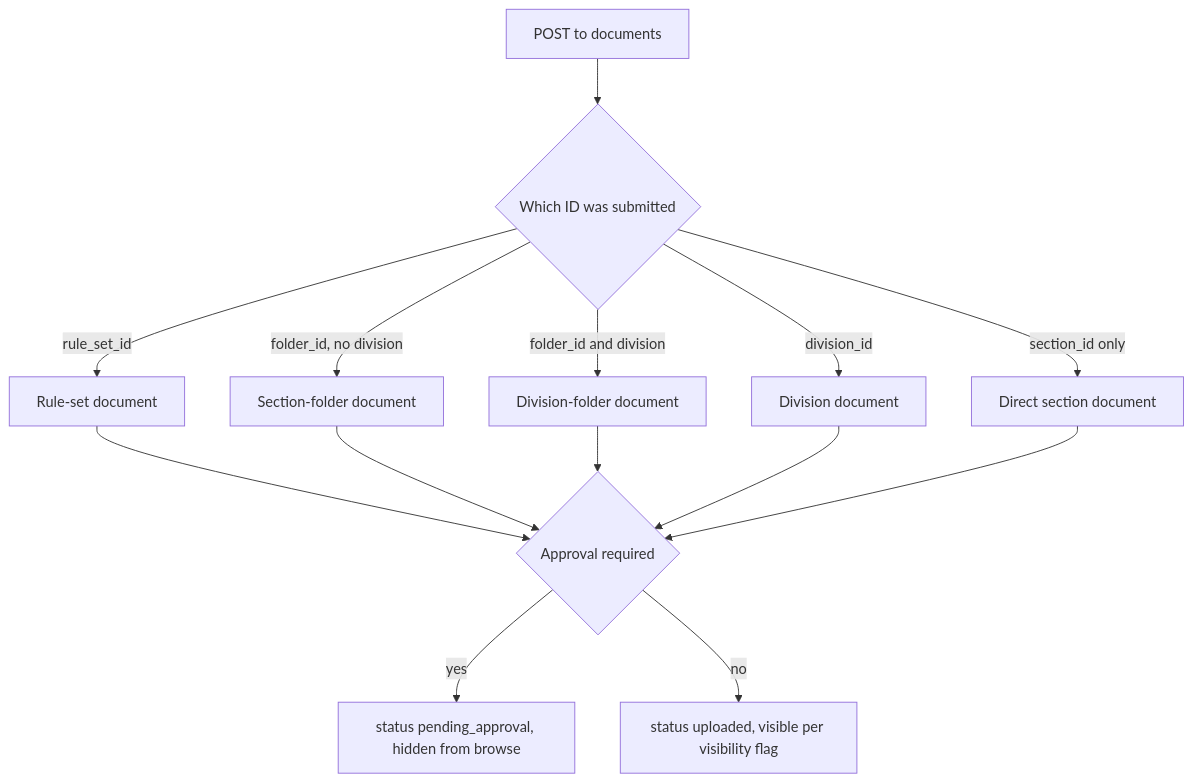
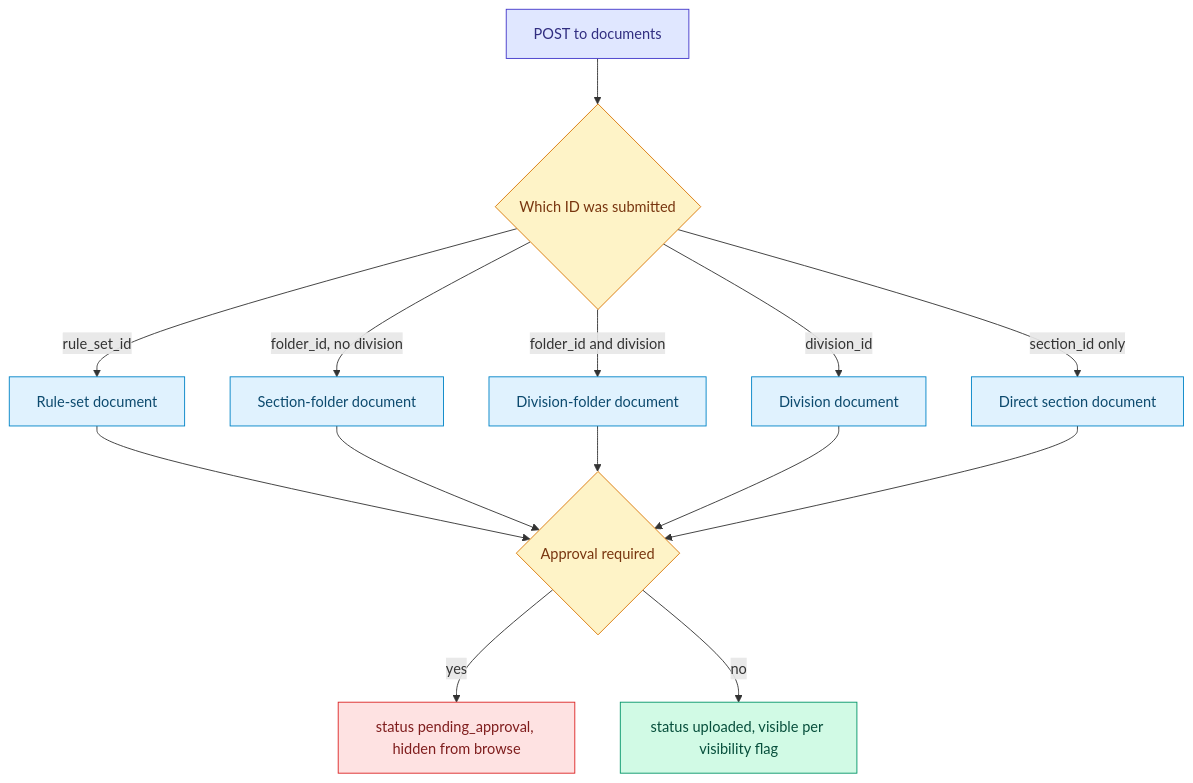
The third of 6 diagrams in APP_FLOW.md (SubhanRaj/pdf-markdown-pipeline), drawn with Mermaid before and after one commit. The commit also changed other lines of this file and 1 other file, not shown here.

First line of the commit message:
docs: add color styling to mermaid diagrams in APP_FLOW.md and OCR_RESEARCH.md

````diff
--- a/APP_FLOW.md
+++ b/APP_FLOW.md
@@ -70,18 +89,30 @@
 ```mermaid
 flowchart TD
+    classDef entry fill:#e0e7ff,stroke:#4338ca,color:#312e81
+    classDef decision fill:#fef3c7,stroke:#d97706,color:#78350f
+    classDef branch fill:#e0f2fe,stroke:#0284c7,color:#0c4a6e
+    classDef good fill:#d1fae5,stroke:#059669,color:#064e3b
+    classDef pending fill:#fee2e2,stroke:#dc2626,color:#7f1d1d
+
     U[POST to documents] --> CTX{Which ID was submitted}
     CTX -->|rule_set_id| RS[Rule-set document]
     CTX -->|folder_id, no division| FS[Section-folder document]
     CTX -->|folder_id and division| FD[Division-folder document]
     CTX -->|division_id| DV[Division document]
     CTX -->|section_id only| SD[Direct section document]
 
     RS --> APR{Approval required}
     FS --> APR
     FD --> APR
     DV --> APR
     SD --> APR
 
     APR -->|yes| PA[status pending_approval, hidden from browse]
     APR -->|no| UP[status uploaded, visible per visibility flag]
+
+    class U entry
+    class CTX,APR decision
+    class RS,FS,FD,DV,SD branch
+    class UP good
+    class PA pending
 ```
````
